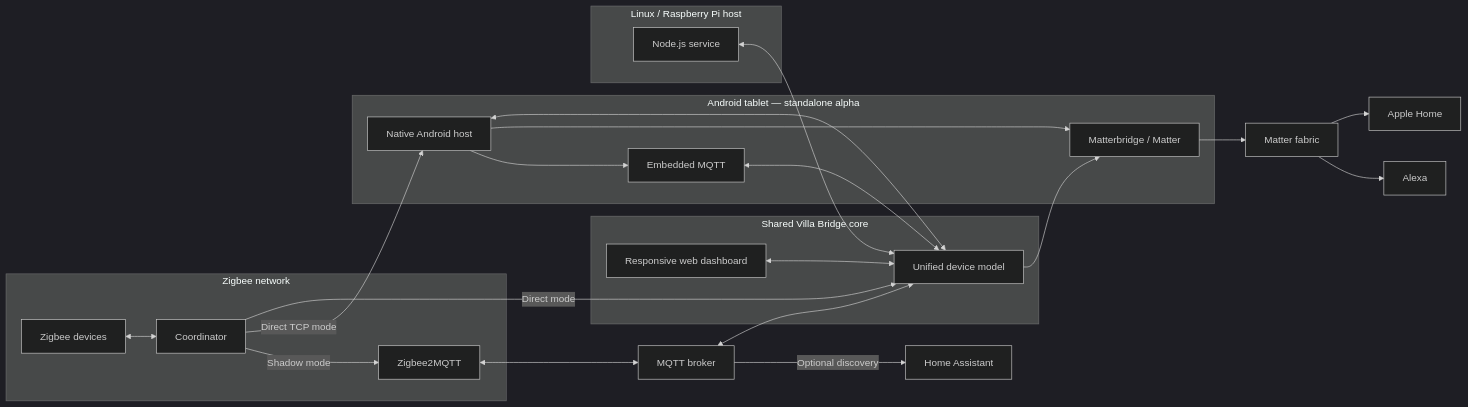
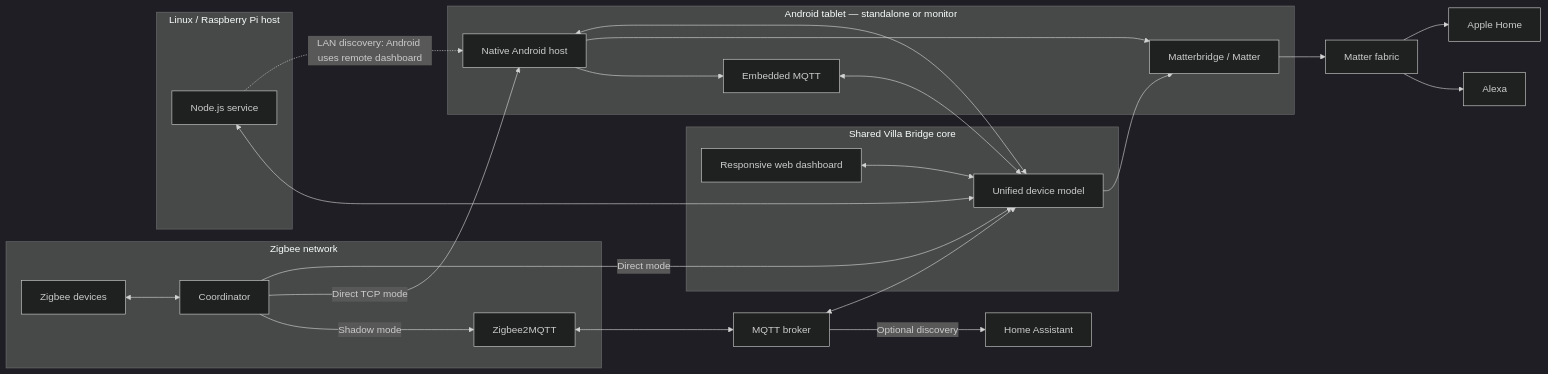
The diagram in README.md (drascom/Villa-Bridge), drawn with Mermaid (dark theme) before and after one commit. The commit also changed other lines of this file and 18 other files, not shown here.

Commit message:
runtime: add LAN monitor mode

````diff
--- a/README.md
+++ b/README.md
@@ -54,39 +54,40 @@
 ```mermaid
 flowchart LR
     subgraph Zigbee["Zigbee network"]
         Z["Zigbee devices"] <--> C["Coordinator"]
         C -->|"Shadow mode"| Z2M["Zigbee2MQTT"]
     end
 
-    subgraph Android["Android tablet — standalone alpha"]
+    subgraph Android["Android tablet — standalone or monitor"]
         AND["Native Android host"]
         AMQTT["Embedded MQTT"]
         AMB["Matterbridge / Matter"]
         AND --> AMQTT
         AND --> AMB
     end
 
     subgraph Core["Shared Villa Bridge core"]
         V["Unified device model"]
         UI["Responsive web dashboard"] <--> V
     end
 
     AND <--> V
     C -->|"Direct TCP mode"| AND
     AMQTT <--> V
     V --> AMB
 
     subgraph Linux["Linux / Raspberry Pi host"]
         L["Node.js service"]
     end
     L <--> V
+    L -. "LAN discovery: Android uses remote dashboard" .-> AND
 
     C -->|"Direct mode"| V
     Z2M <--> MQTT["MQTT broker"]
     MQTT <--> V
     MQTT -->|"Optional discovery"| HA["Home Assistant"]
 
     AMB --> MATTER["Matter fabric"]
     MATTER --> ALEXA["Alexa"]
     MATTER --> APPLE["Apple Home"]
 ```
````
